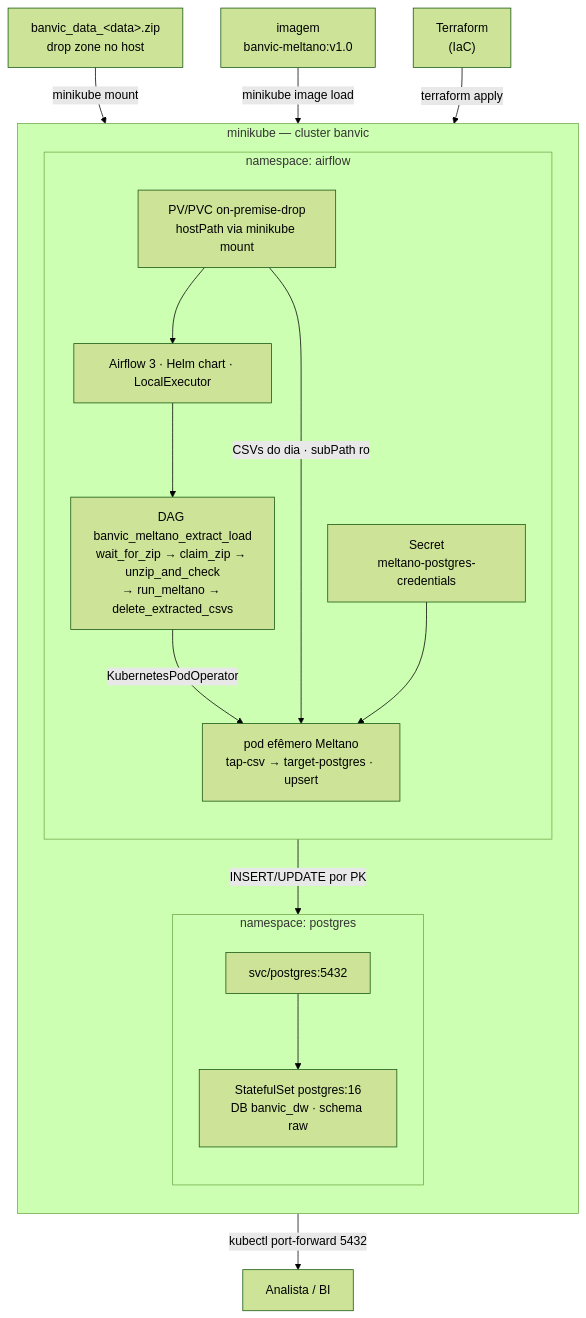
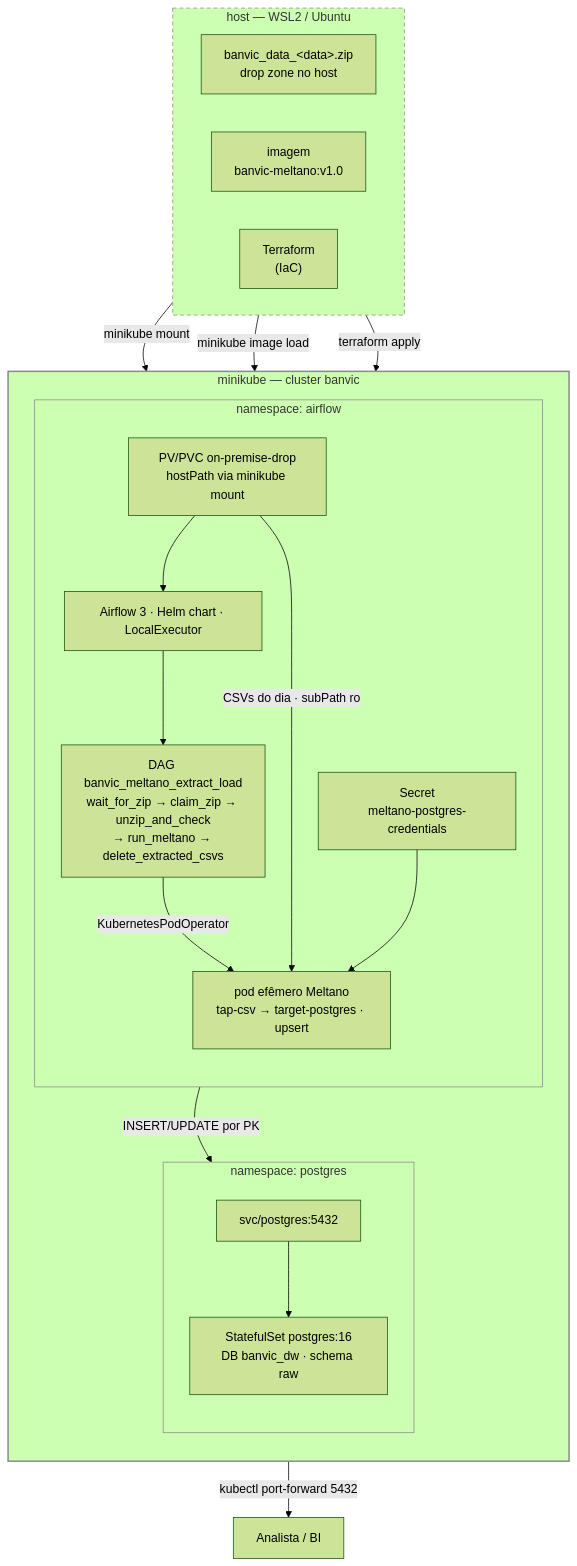
The diagram in README.md (Vinon-F/data_engineer_banvic), drawn with Mermaid (forest theme) before and after one commit.

Commit message:
Fix mermaid architecture

````diff
--- a/README.md
+++ b/README.md
@@ -11,38 +11,50 @@
 ```mermaid
 flowchart TD
-    ZIP["banvic_data_&lt;data&gt;.zip<br/>drop zone no host"]
-    IMG["imagem<br/>banvic-meltano:v1.0"]
-    TF["Terraform<br/>(IaC)"]
+    subgraph HOST["host — WSL2 / Ubuntu"]
+        direction LR
+        ZIP["banvic_data_&lt;data&gt;.zip<br/>drop zone no host"]
+        IMG["imagem<br/>banvic-meltano:v1.0"]
+        TF["Terraform<br/>(IaC)"]
+    end
 
     subgraph MK["minikube — cluster banvic"]
         direction TB
 
         subgraph NSA["namespace: airflow"]
             direction TB
             PVC["PV/PVC on-premise-drop<br/>hostPath via minikube mount"]
             AF["Airflow 3 · Helm chart · LocalExecutor"]
             DAG["DAG banvic_meltano_extract_load<br/>wait_for_zip → claim_zip → unzip_and_check<br/>→ run_meltano → delete_extracted_csvs"]
+            SEC["Secret<br/>meltano-postgres-credentials"]
             MELT["pod efêmero Meltano<br/>tap-csv → target-postgres · upsert"]
-            SEC["Secret<br/>meltano-postgres-credentials"]
         end
 
         subgraph NSP["namespace: postgres"]
             direction TB
             SVC["svc/postgres:5432"]
             PG["StatefulSet postgres:16<br/>DB banvic_dw · schema raw"]
         end
+
+        NSA ~~~ NSP
     end
 
     ANALISTA["Analista / BI"]
 
+    HOST ~~~ MK
+
+    TF -->|terraform apply| MK
     ZIP -->|minikube mount| PVC
     IMG -->|minikube image load| MELT
-    TF -->|terraform apply| MK
 
     PVC --> AF --> DAG
     DAG -->|KubernetesPodOperator| MELT
     PVC -->|CSVs do dia · subPath ro| MELT
     SEC --> MELT
     MELT -->|INSERT/UPDATE por PK| SVC --> PG
     PG -->|kubectl port-forward 5432| ANALISTA
+
+    style HOST stroke:#8b8b8b,stroke-width:1px,stroke-dasharray:5 4
+    style MK stroke:#8b8b8b,stroke-width:2px
+    style NSA stroke:#8b8b8b,stroke-width:1px
+    style NSP stroke:#8b8b8b,stroke-width:1px
 ```
````
